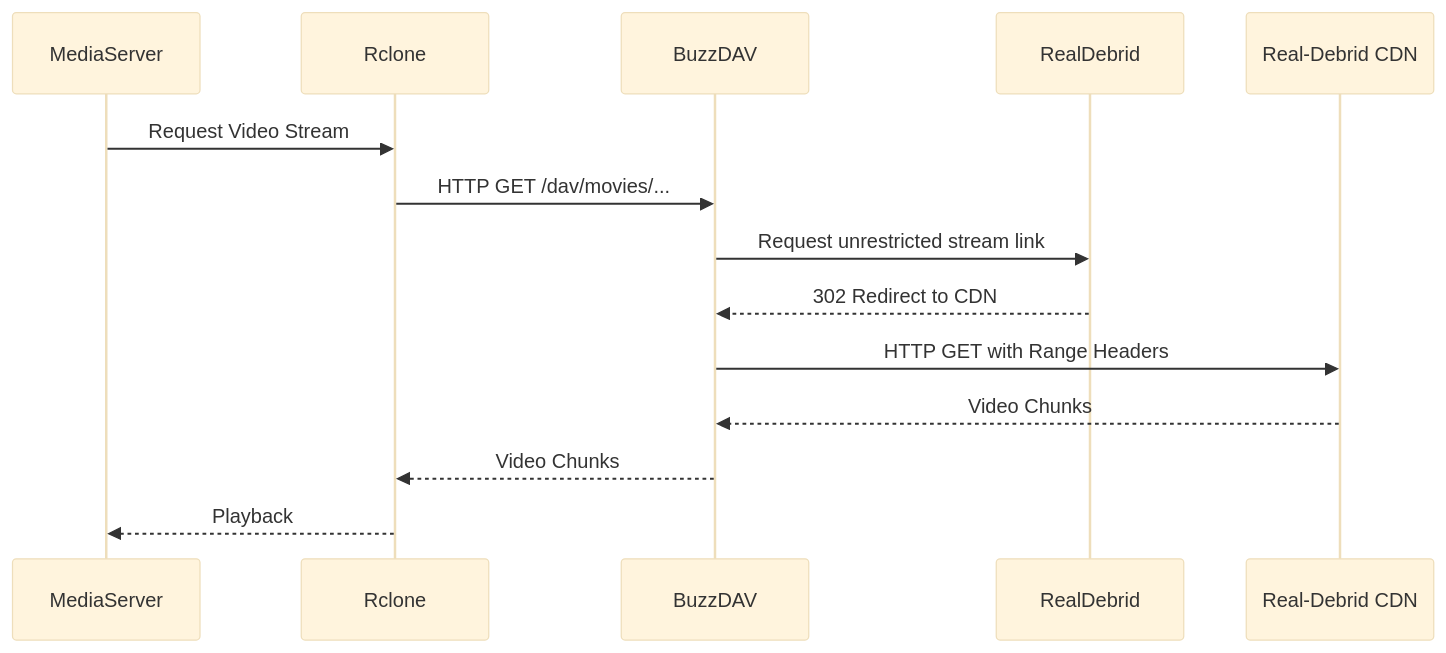
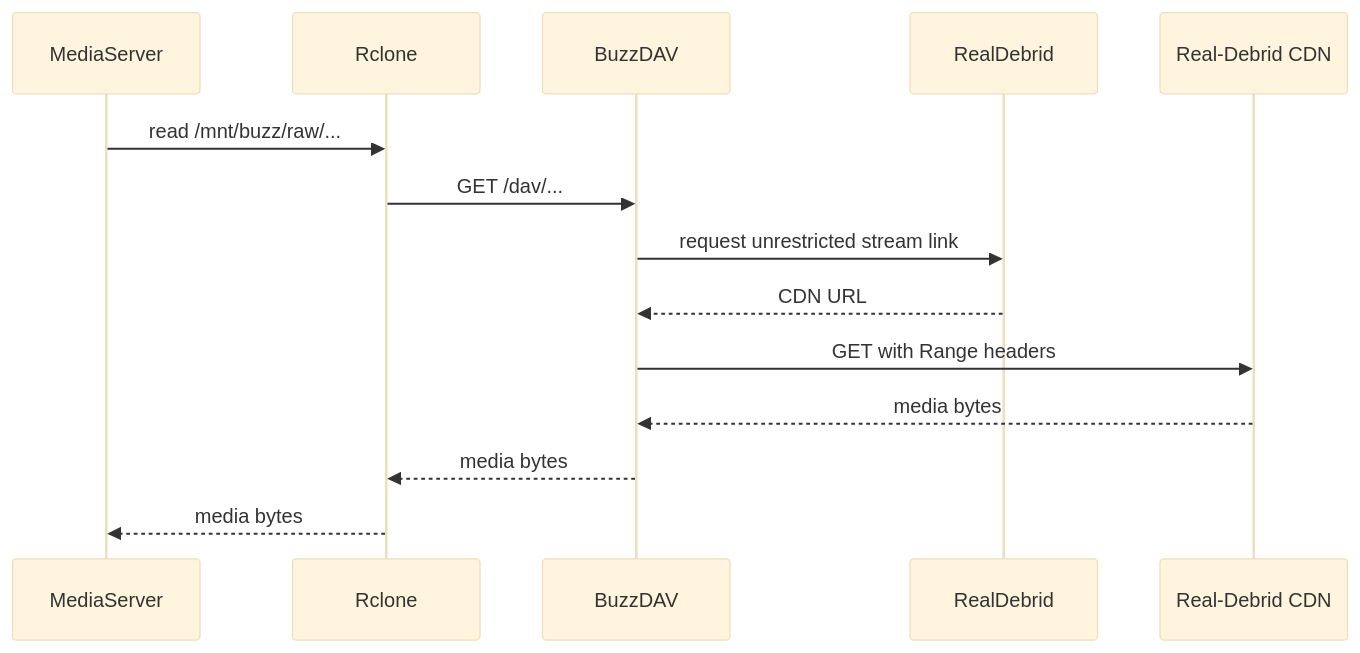
The second of 3 diagrams in docs/architecture.md (gchamon/buzz), drawn with Mermaid (base theme) before and after one commit. The commit also changed other lines of this file and 1 other file, not shown here.

Commit message:
improve readme and architecture

````diff
--- a/docs/architecture.md
+++ b/docs/architecture.md
@@ -59,16 +142,16 @@
 ```mermaid
 sequenceDiagram
     participant MediaServer
     participant Rclone
     participant BuzzDAV
     participant RealDebrid
     participant RDCDN as Real-Debrid CDN
-    MediaServer->>Rclone: Request Video Stream
-    Rclone->>BuzzDAV: HTTP GET /dav/movies/...
-    BuzzDAV->>RealDebrid: Request unrestricted stream link
-    RealDebrid-->>BuzzDAV: 302 Redirect to CDN
-    BuzzDAV->>RDCDN: HTTP GET with Range Headers
-    RDCDN-->>BuzzDAV: Video Chunks
-    BuzzDAV-->>Rclone: Video Chunks
-    Rclone-->>MediaServer: Playback
+    MediaServer->>Rclone: read /mnt/buzz/raw/...
+    Rclone->>BuzzDAV: GET /dav/...
+    BuzzDAV->>RealDebrid: request unrestricted stream link
+    RealDebrid-->>BuzzDAV: CDN URL
+    BuzzDAV->>RDCDN: GET with Range headers
+    RDCDN-->>BuzzDAV: media bytes
+    BuzzDAV-->>Rclone: media bytes
+    Rclone-->>MediaServer: media bytes
 ```
````
